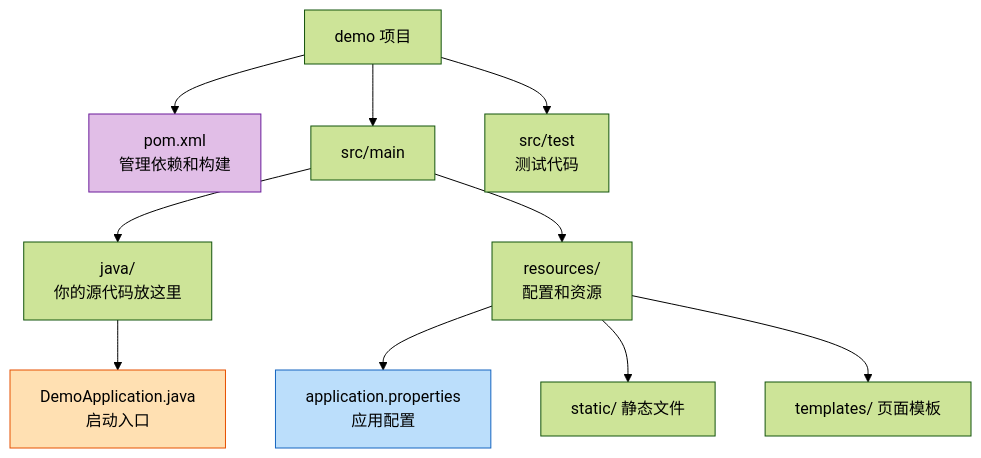
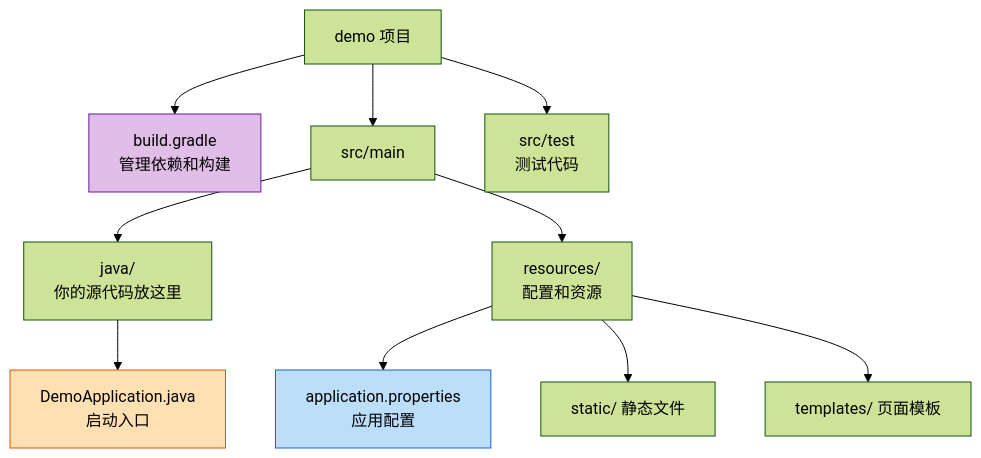
Before and after one commit to zerioo1970/summary: the second of 6 diagrams in spring-boot-3.5-学习资料/02-第一个SpringBoot应用.md, drawn with Mermaid (forest theme). The commit also changed other lines of this file and 6 other files, not shown here.

````diff
--- a/spring-boot-3.5-学习资料/02-第一个SpringBoot应用.md
+++ b/spring-boot-3.5-学习资料/02-第一个SpringBoot应用.md
@@ -64,18 +66,18 @@
 ```mermaid
 flowchart TD
-    ROOT[demo 项目] --> POM[pom.xml<br/>管理依赖和构建]
+    ROOT[demo 项目] --> POM[build.gradle<br/>管理依赖和构建]
     ROOT --> SRC[src/main]
     ROOT --> TEST[src/test<br/>测试代码]
 
     SRC --> JAVA[java/<br/>你的源代码放这里]
     SRC --> RES[resources/<br/>配置和资源]
 
     JAVA --> APP[DemoApplication.java<br/>启动入口]
     RES --> CONF[application.properties<br/>应用配置]
     RES --> STATIC[static/ 静态文件]
     RES --> TPL[templates/ 页面模板]
 
     style APP fill:#ffe0b2,stroke:#e65100
     style POM fill:#e1bee7,stroke:#6a1b9a
     style CONF fill:#bbdefb,stroke:#1565c0
 ```
````
